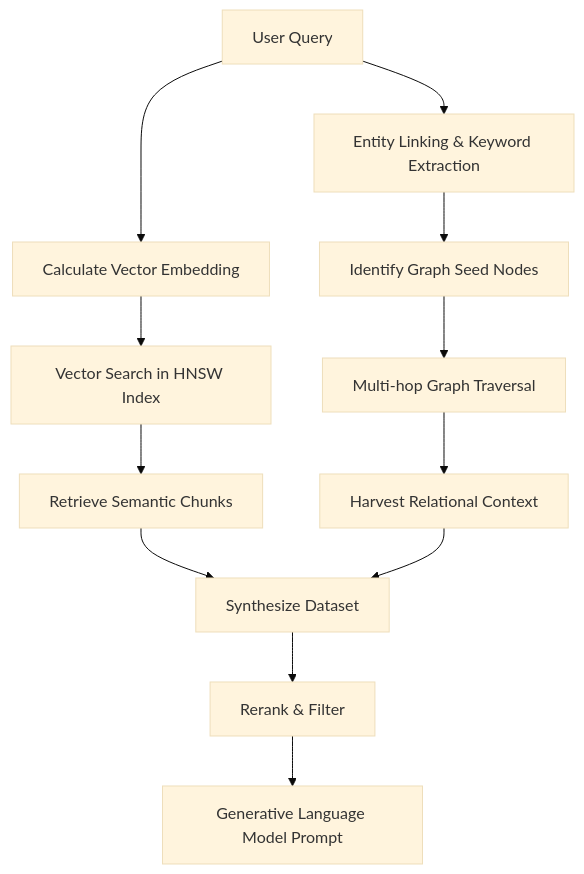
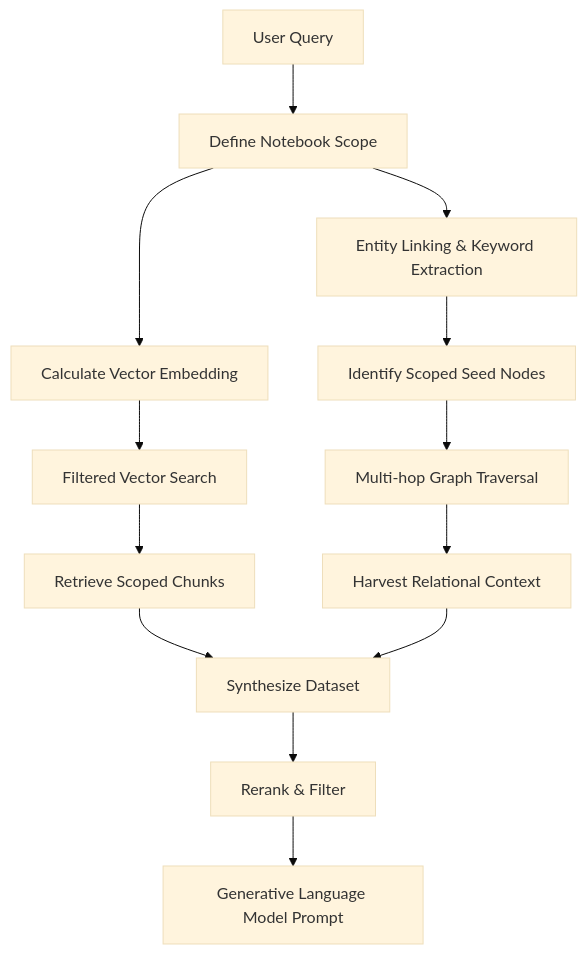
One commit to foersben/CodaCite changed the diagram in docs/retrieval.md. Above: the diagram before and after it, drawn with Mermaid (base theme). The commit also changed other lines of this file and 9 other files, not shown here.

````diff
--- a/docs/retrieval.md
+++ b/docs/retrieval.md
@@ -13,18 +23,19 @@
 ```mermaid
 graph TD
-    QUERY[User Query] --> EMBED[Calculate Vector Embedding]
-    QUERY --> LINK[Entity Linking & Keyword Extraction]
+    QUERY[User Query] --> SCOPE[Define Notebook Scope]
+    SCOPE --> EMBED[Calculate Vector Embedding]
+    SCOPE --> LINK[Entity Linking & Keyword Extraction]
 
-    EMBED --> VECTOR[Vector Search in HNSW Index]
-    VECTOR --> CHUNKS[Retrieve Semantic Chunks]
+    EMBED --> VECTOR[Filtered Vector Search]
+    VECTOR --> CHUNKS[Retrieve Scoped Chunks]
 
-    LINK --> SEEDS[Identify Graph Seed Nodes]
+    LINK --> SEEDS[Identify Scoped Seed Nodes]
     SEEDS --> TRAVERSE[Multi-hop Graph Traversal]
     TRAVERSE --> CONTEXT[Harvest Relational Context]
 
     CHUNKS --> MERGE[Synthesize Dataset]
     CONTEXT --> MERGE
 
     MERGE --> RERANK[Rerank & Filter]
     RERANK --> GEN[Generative Language Model Prompt]
 ```
````
